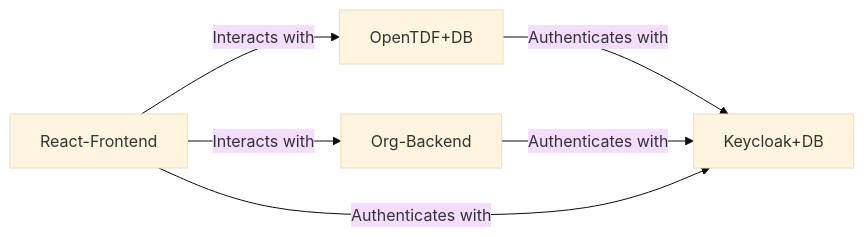
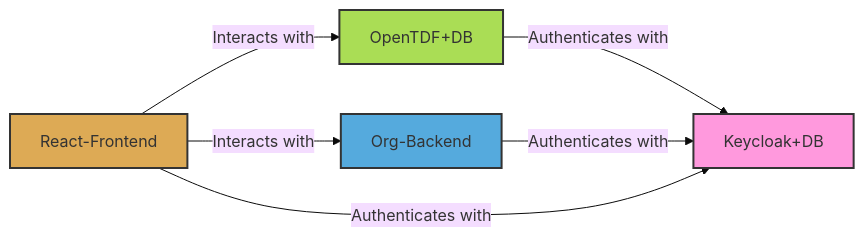
Before and after one commit to arkavo-org/arkavo-platform: the diagram in README.md, drawn with Mermaid (base theme). The commit also changed other lines of this file, not shown here.

````diff
--- a/README.md
+++ b/README.md
@@ -57,15 +75,21 @@
 ```mermaid
 graph LR
-    %% Define components
-    Keycloak["Keycloak+DB"]
-    OpenTDF["OpenTDF+DB"]
-    OrgBackend["Org-Backend"]
-    ReactFrontend["React-Frontend"]
-
+    %% Define components with styling
+    Keycloak["Keycloak+DB"]:::auth
+    OpenTDF["OpenTDF+DB"]:::security
+    OrgBackend["Org-Backend"]:::backend
+    ReactFrontend["React-Frontend"]:::frontend
+    
     %% Connections with labels
     OpenTDF -->|Authenticates with| Keycloak
     OrgBackend -->|Authenticates with| Keycloak
     ReactFrontend -->|Authenticates with| Keycloak
     ReactFrontend -->|Interacts with| OpenTDF
     ReactFrontend -->|Interacts with| OrgBackend
+    
+    %% Styling
+    classDef auth fill:#f9d,stroke:#333,stroke-width:2px
+    classDef security fill:#ad5,stroke:#333,stroke-width:2px
+    classDef backend fill:#5ad,stroke:#333,stroke-width:2px
+    classDef frontend fill:#da5,stroke:#333,stroke-width:2px
 ```
````
